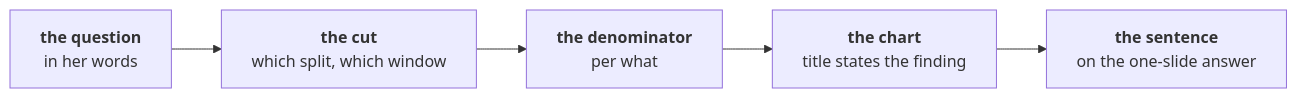
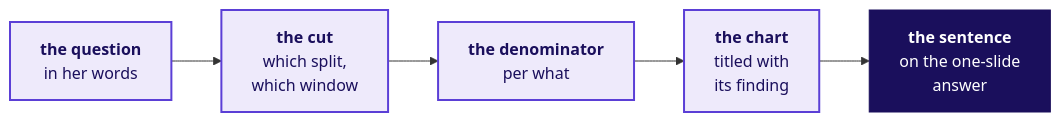
The ninth of 15 diagrams in content/W03/SAT/slides/C2_W03_SAT_presentation_format_STUDENT.md (fde-academy-lab/c2-content-factory), drawn with Mermaid before and after one commit. The commit also changed other lines of this file and 2 other files, not shown here.

````diff
--- a/content/W03/SAT/slides/C2_W03_SAT_presentation_format_STUDENT.md
+++ b/content/W03/SAT/slides/C2_W03_SAT_presentation_format_STUDENT.md
@@ -223,7 +539,11 @@
 ```mermaid
 flowchart LR
-    Q["<b>the question</b><br/>in her words"] --> C["<b>the cut</b><br/>which split, which window"]
+    Q["<b>the question</b><br/>in her words"] --> C["<b>the cut</b><br/>which split,<br/>which window"]
     C --> D["<b>the denominator</b><br/>per what"]
-    D --> G["<b>the chart</b><br/>title states the finding"]
-    G --> S["<b>the sentence</b><br/>on the one-slide answer"]
+    D --> G["<b>the chart</b><br/>titled with<br/>its finding"]
+    G --> S["<b>the sentence</b><br/>on the one-slide<br/>answer"]
+    classDef known fill:#EEEAFB,stroke:#5B3FD6,color:#1A0F5C,stroke-width:2px
+    classDef bet fill:#1A0F5C,stroke:#1A0F5C,color:#FFFFFF
+    class Q,C,D,G known
+    class S bet
 ```
````
